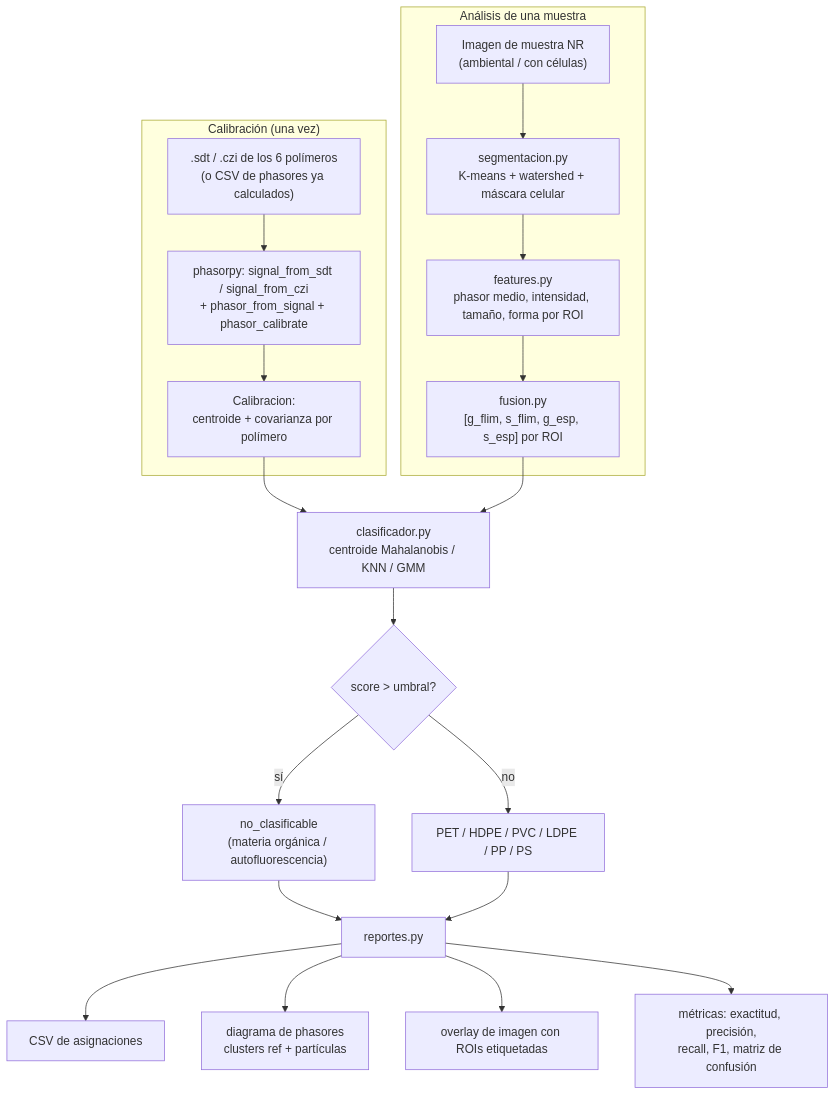
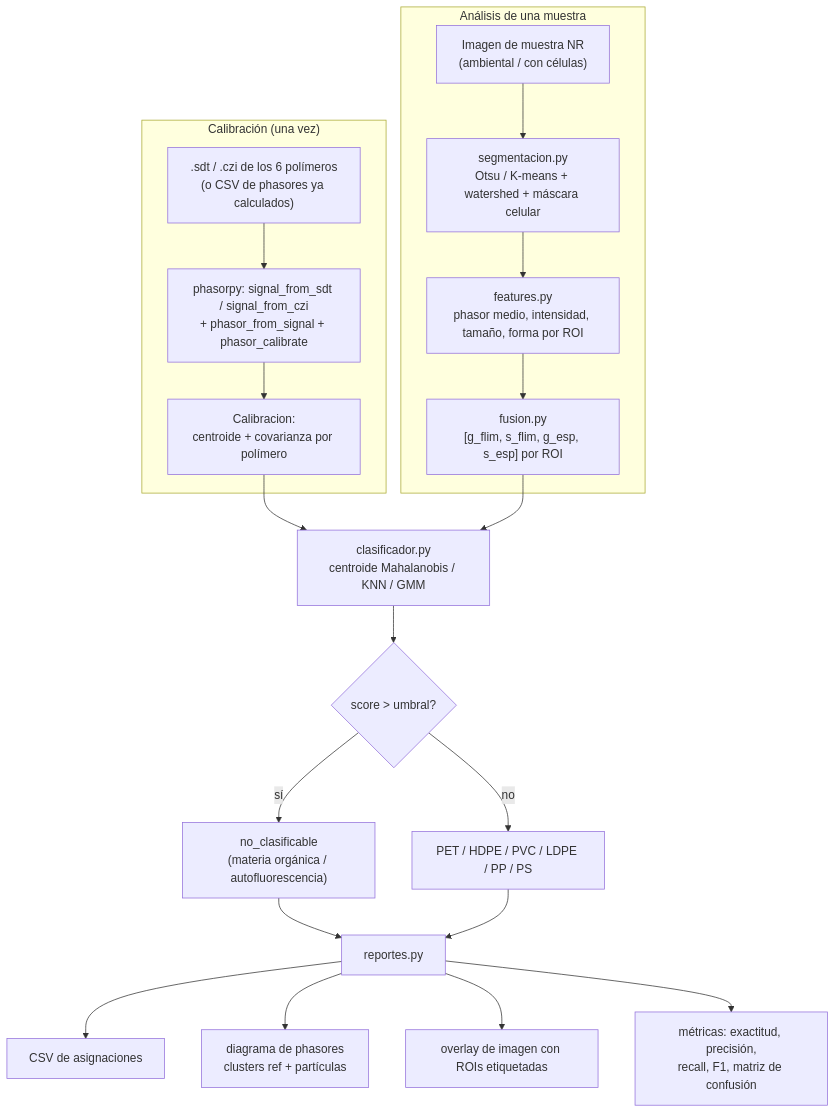
The diagram in docs/PIPELINE.md (MatiasRiosMR/automatizacion-microplasticos), drawn with Mermaid before and after one commit. The commit also changed other lines of this file and 14 other files, not shown here.

````diff
--- a/docs/PIPELINE.md
+++ b/docs/PIPELINE.md
@@ -3,30 +3,30 @@
 ```mermaid
 flowchart TD
     subgraph CAL["Calibración (una vez)"]
         A1[".sdt / .czi de los 6 polímeros<br/>(o CSV de phasores ya calculados)"]
         A2["phasorpy: signal_from_sdt / signal_from_czi<br/>+ phasor_from_signal + phasor_calibrate"]
         A3["Calibracion:<br/>centroide + covarianza por polímero"]
         A1 --> A2 --> A3
     end
 
     subgraph MUE["Análisis de una muestra"]
         B1["Imagen de muestra NR<br/>(ambiental / con células)"]
-        B2["segmentacion.py<br/>K-means + watershed + máscara celular"]
+        B2["segmentacion.py<br/>Otsu / K-means + watershed + máscara celular"]
         B3["features.py<br/>phasor medio, intensidad, tamaño, forma por ROI"]
         B4["fusion.py<br/>[g_flim, s_flim, g_esp, s_esp] por ROI"]
         B1 --> B2 --> B3 --> B4
     end
 
     A3 --> C1
     B4 --> C1["clasificador.py<br/>centroide Mahalanobis / KNN / GMM"]
     C1 --> C2{"score > umbral?"}
     C2 -- sí --> C3["no_clasificable<br/>(materia orgánica / autofluorescencia)"]
     C2 -- no --> C4["PET / HDPE / PVC / LDPE / PP / PS"]
 
     C3 --> D1["reportes.py"]
     C4 --> D1
     D1 --> D2["CSV de asignaciones"]
     D1 --> D3["diagrama de phasores<br/>clusters ref + partículas"]
     D1 --> D4["overlay de imagen con ROIs etiquetadas"]
     D1 --> D5["métricas: exactitud, precisión,<br/>recall, F1, matriz de confusión"]
 ```
````
